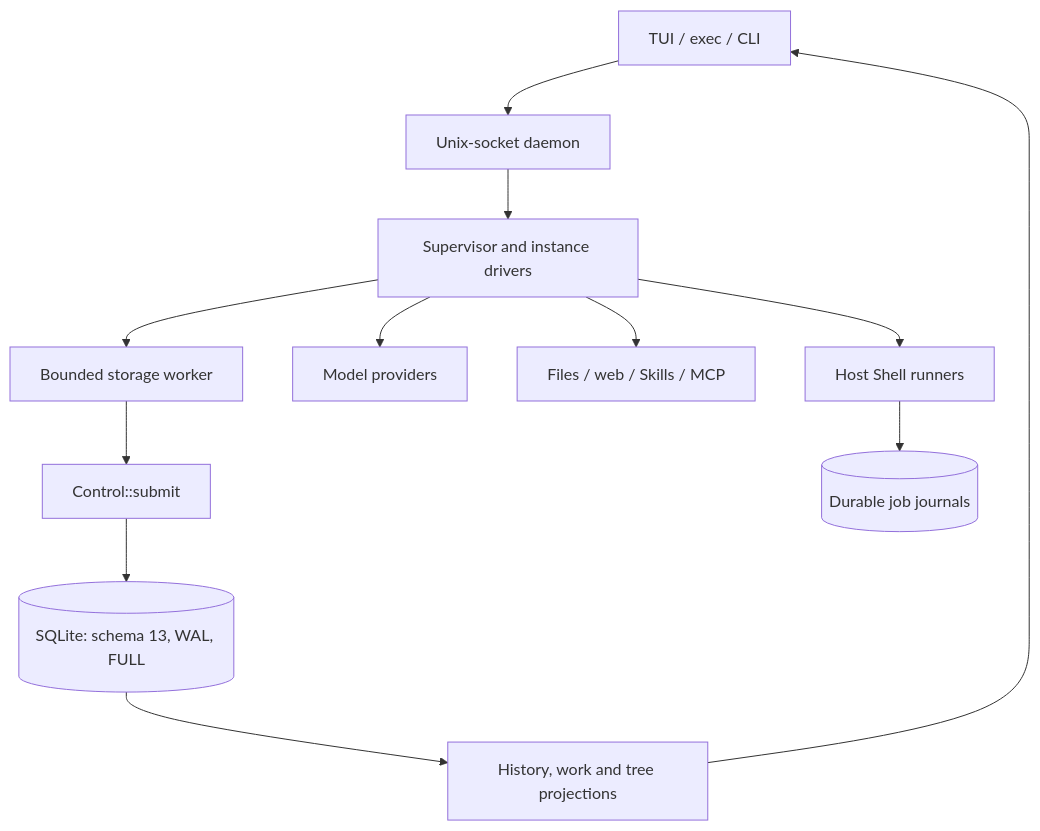
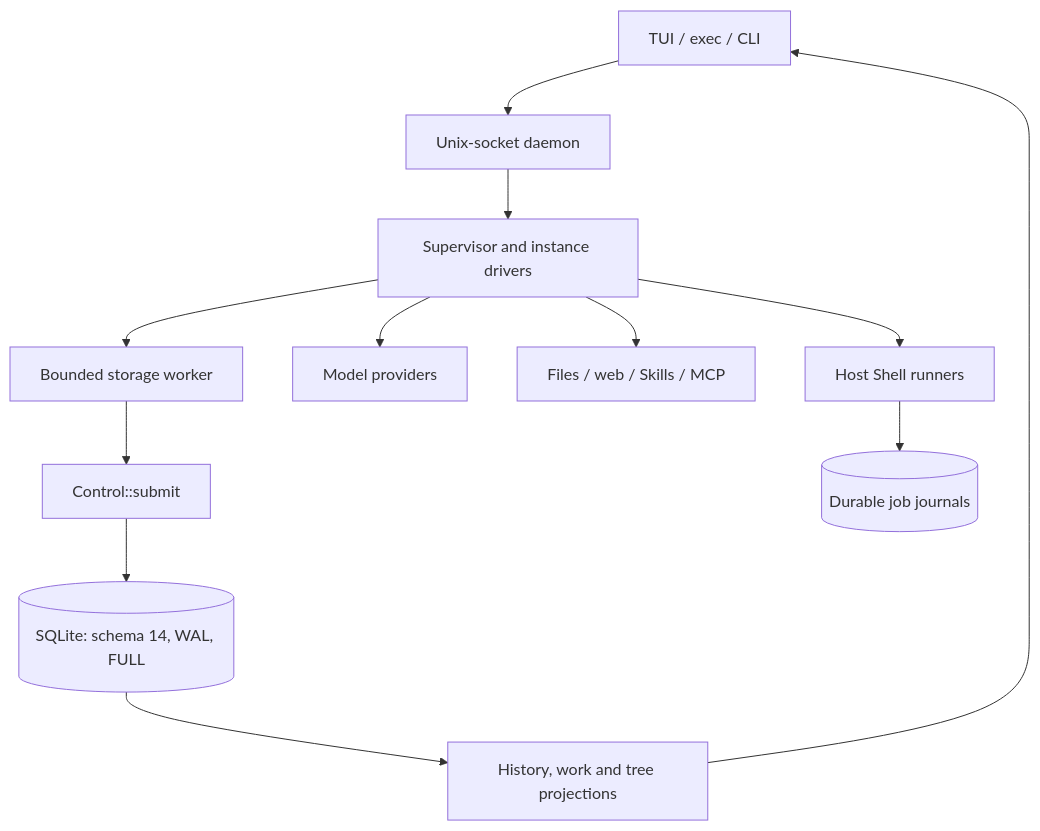
Before and after one commit to seek-hope/TeamAgents: the first of 3 diagrams in docs/ARCHITECTURE.md, drawn with Mermaid. The commit also changed 20 other files, not shown here.

First line of the commit message:
Gate the format versions, advisory exceptions and shipped schema (D-539, D-540)

````diff
--- a/docs/ARCHITECTURE.md
+++ b/docs/ARCHITECTURE.md
@@ -8,17 +8,17 @@
 ```mermaid
 flowchart TB
     accTitle: TeamAgents Component Ownership
     accDescr: Clients use one daemon and one storage/control path while providers, tools and runners remain outside transactions.
 
     clients["TUI / exec / CLI"] --> daemon["Unix-socket daemon"]
     daemon --> supervisor["Supervisor and instance drivers"]
     supervisor --> storage["Bounded storage worker"]
     storage --> control["Control::submit"]
-    control --> database[("SQLite: schema 13, WAL, FULL")]
+    control --> database[("SQLite: schema 14, WAL, FULL")]
     supervisor --> providers["Model providers"]
     supervisor --> tools["Files / web / Skills / MCP"]
     supervisor --> runners["Host Shell runners"]
     runners --> journals[("Durable job journals")]
     database --> views["History, work and tree projections"]
     views --> clients
 ```
````
